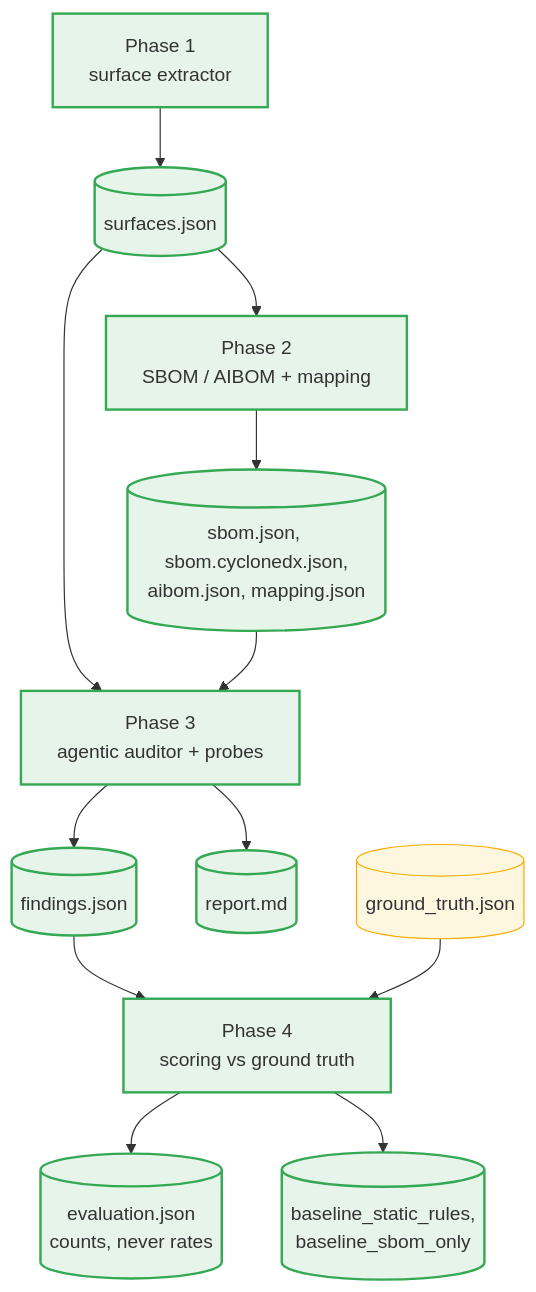
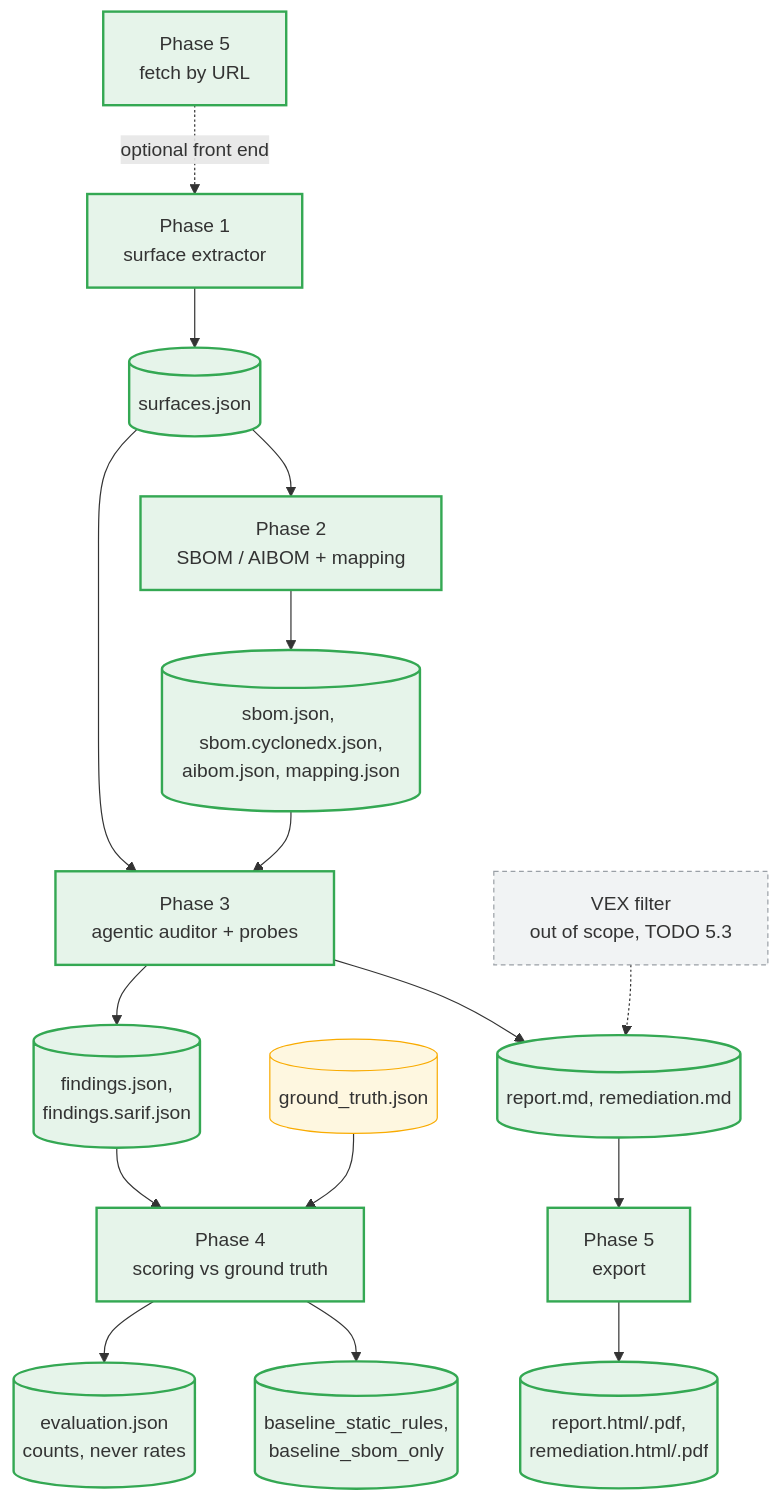
One commit to heinthtnaung/AgenticLLMAppAuditor changed the ninth of 10 diagrams in docs/FLOW.md. Above: the diagram before and after it, drawn with Mermaid. The commit also changed other lines of this file and 312 other files, not shown here.

````diff
--- a/docs/FLOW.md
+++ b/docs/FLOW.md
@@ -414,18 +568,24 @@
 ```mermaid
 flowchart TD
+    P0[Phase 5<br/>fetch by URL] -.->|optional front end| P1
     P1[Phase 1<br/>surface extractor] --> SJ[(surfaces.json)]
     SJ --> P2[Phase 2<br/>SBOM / AIBOM + mapping]
     P2 --> MJ[(sbom.json, sbom.cyclonedx.json,<br/>aibom.json, mapping.json)]
     SJ --> P3[Phase 3<br/>agentic auditor + probes]
     MJ --> P3
-    P3 --> FJ[(findings.json)]
-    P3 --> RM[(report.md)]
+    P3 --> FJ[(findings.json,<br/>findings.sarif.json)]
+    P3 --> RM[(report.md, remediation.md)]
+    RM --> P5[Phase 5<br/>export]
+    VXP[VEX filter<br/>out of scope, TODO 5.3] -.-> RM
+    P5 --> XP[(report.html/.pdf,<br/>remediation.html/.pdf)]
     FJ --> P4[Phase 4<br/>scoring vs ground truth]
     GT[(ground_truth.json)] --> P4
     P4 --> RES[(evaluation.json<br/>counts, never rates)]
     P4 --> BL[(baseline_static_rules,<br/>baseline_sbom_only)]
 
     classDef built fill:#e6f4ea,stroke:#34a853,stroke-width:2px
-    class P1,SJ,P2,MJ,FJ,RM,P3,P4,RES,BL built
+    classDef planned fill:#f1f3f4,stroke:#9aa0a6,stroke-dasharray:4 3
+    class P0,P1,SJ,P2,MJ,FJ,RM,P3,P4,P5,XP,RES,BL built
+    class VXP planned
     style GT fill:#fef7e0,stroke:#f9ab00
 ```
````
